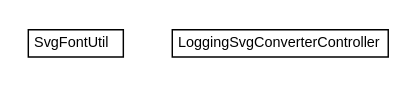
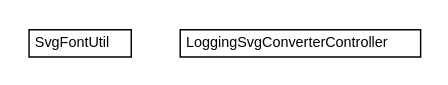
One commit to trajano/batik-maven-plugin changed the diagram in apidocs/net/trajano/mojo/batik/internal/net.trajano.mojo.batik.internal.dot. Above: the diagram before and after it, drawn with Graphviz. The commit also changed 146 other files, not shown here.

```diff
--- a/apidocs/net/trajano/mojo/batik/internal/net.trajano.mojo.batik.internal.dot
+++ b/apidocs/net/trajano/mojo/batik/internal/net.trajano.mojo.batik.internal.dot
@@ -1,24 +1,24 @@
 #!/usr/local/bin/dot
 #
 # Class diagram 
 # Generated by UMLGraph version R5_6-24-gf6e263 (http://www.umlgraph.org/)
 #
 
 digraph G {
-	edge [fontname="arial",fontsize=10,labelfontname="arial",labelfontsize=10];
-	node [fontname="arial",fontsize=10,shape=plaintext];
+	edge [fontname="Helvetica",fontsize=10,labelfontname="Helvetica",labelfontsize=10];
+	node [fontname="Helvetica",fontsize=10,shape=plaintext];
 	nodesep=0.25;
 	ranksep=0.5;
 	// net.trajano.mojo.batik.internal.SvgFontUtil
 	c8 [label=<<table title="net.trajano.mojo.batik.internal.SvgFontUtil" border="0" cellborder="1" cellspacing="0" cellpadding="2" port="p" href="./SvgFontUtil.html">
 		<tr><td><table border="0" cellspacing="0" cellpadding="1">
 <tr><td align="center" balign="center"> SvgFontUtil </td></tr>
 		</table></td></tr>
-		</table>>, URL="./SvgFontUtil.html", fontname="arial", fontcolor="black", fontsize=10.0];
+		</table>>, URL="./SvgFontUtil.html", fontname="Helvetica", fontcolor="black", fontsize=10.0];
 	// net.trajano.mojo.batik.internal.LoggingSvgConverterController
 	c9 [label=<<table title="net.trajano.mojo.batik.internal.LoggingSvgConverterController" border="0" cellborder="1" cellspacing="0" cellpadding="2" port="p" href="./LoggingSvgConverterController.html">
 		<tr><td><table border="0" cellspacing="0" cellpadding="1">
 <tr><td align="center" balign="center"> LoggingSvgConverterController </td></tr>
 		</table></td></tr>
-		</table>>, URL="./LoggingSvgConverterController.html", fontname="arial", fontcolor="black", fontsize=10.0];
+		</table>>, URL="./LoggingSvgConverterController.html", fontname="Helvetica", fontcolor="black", fontsize=10.0];
 }
```
